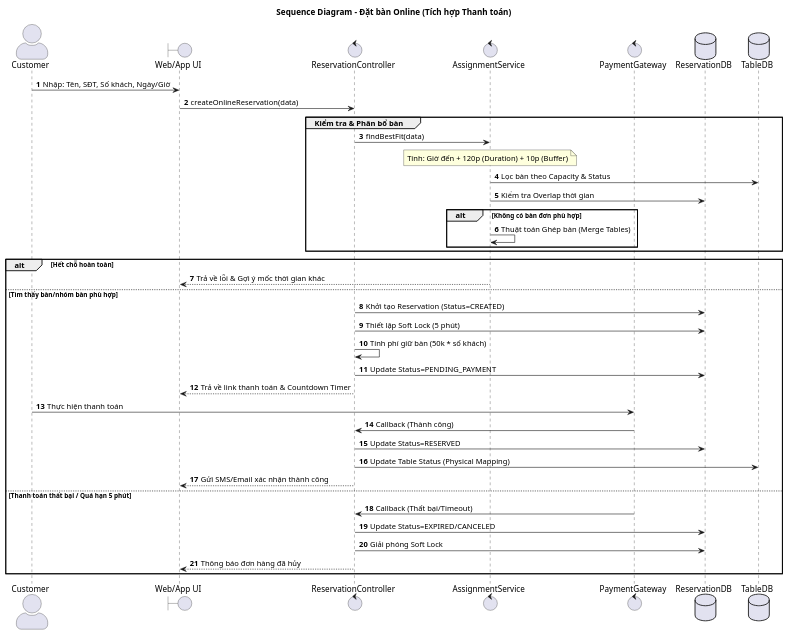
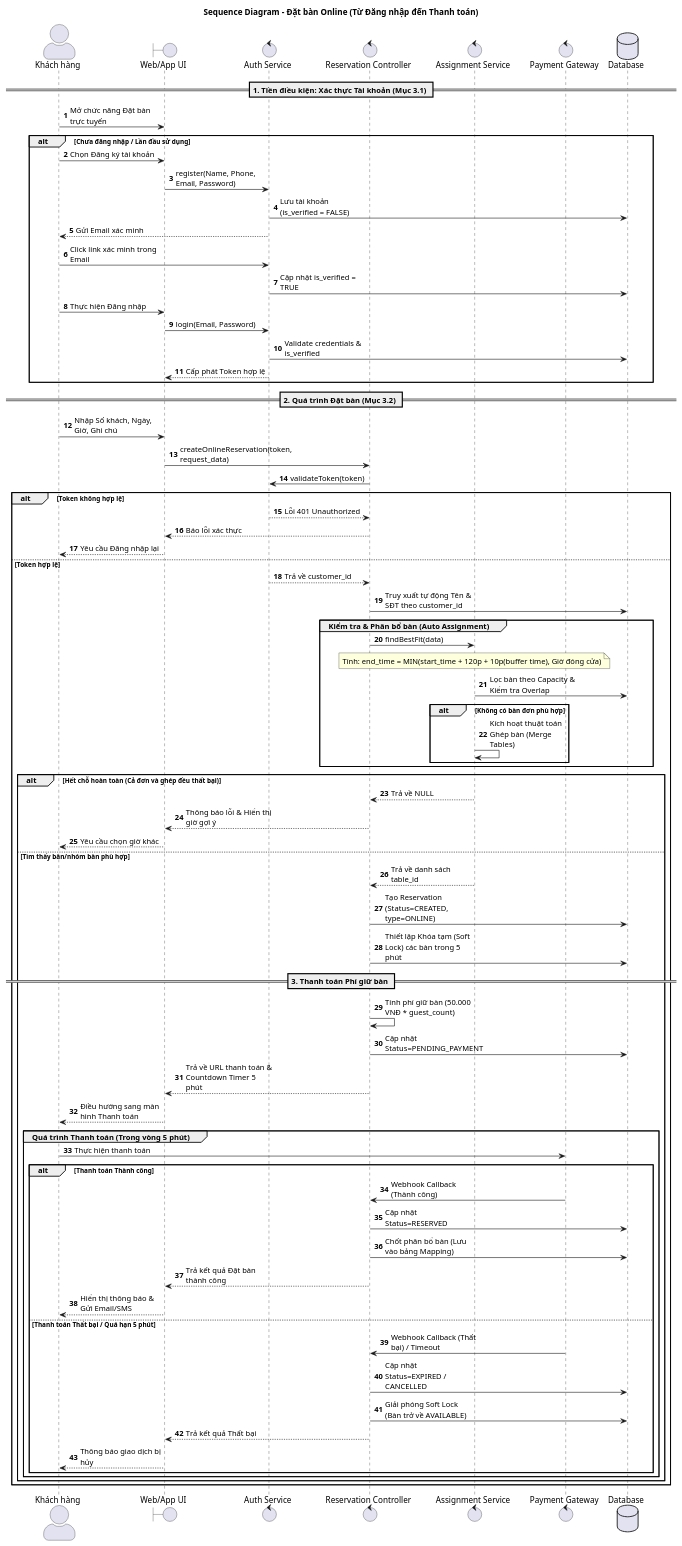
One commit to QuangLam0208/restaurant-reservation-system changed the diagram in docs/uml/sequence-booking-online.puml. Above: the diagram before and after it, drawn with PlantUML.

Commit message:
update sequence diagram (booking online))

```diff
--- a/docs/uml/sequence-booking-online.puml
+++ b/docs/uml/sequence-booking-online.puml
@@ -1,51 +1,89 @@
 @startuml
-title Sequence Diagram - Đặt bàn Online (Tích hợp Thanh toán)
+title Sequence Diagram - Đặt bàn Online (Từ Đăng nhập đến Thanh toán)
 autonumber
 skinparam actorStyle awesome
+skinparam maxMessageSize 150
 
-actor Customer
-boundary UI as "Web/App UI"
-control ReservationController
-control AssignmentService
-control PaymentGateway
-database ReservationDB
-database TableDB
+actor "Khách hàng" as Customer
+boundary "Web/App UI" as UI
+control "Auth Service" as Auth
+control "Reservation Controller" as RC
+control "Assignment Service" as Assign
+control "Payment Gateway" as PG
+database "Database" as DB
 
-Customer -> UI : Nhập: Tên, SĐT, Số khách, Ngày/Giờ
-UI -> ReservationController : createOnlineReservation(data)
+== 1. Tiền điều kiện: Xác thực Tài khoản (Mục 3.1) ==
+Customer -> UI : Mở chức năng Đặt bàn trực tuyến
 
-group Kiểm tra & Phân bổ bàn
-    ReservationController -> AssignmentService : findBestFit(data)
-    Note over AssignmentService : Tính: Giờ đến + 120p (Duration) + 10p (Buffer)
-    AssignmentService -> TableDB : Lọc bàn theo Capacity & Status
-    AssignmentService -> ReservationDB : Kiểm tra Overlap thời gian
+alt Chưa đăng nhập / Lần đầu sử dụng
+    Customer -> UI : Chọn Đăng ký tài khoản
+    UI -> Auth : register(Name, Phone, Email, Password)
+    Auth -> DB : Lưu tài khoản (is_verified = FALSE)
+    Auth --> Customer : Gửi Email xác minh
+    Customer -> Auth : Click link xác minh trong Email
+    Auth -> DB : Cập nhật is_verified = TRUE
 
-    alt Không có bàn đơn phù hợp
-        AssignmentService -> AssignmentService : Thuật toán Ghép bàn (Merge Tables)
+    Customer -> UI : Thực hiện Đăng nhập
+    UI -> Auth : login(Email, Password)
+    Auth -> DB : Validate credentials & is_verified
+    Auth --> UI : Cấp phát Token hợp lệ
+end
+
+== 2. Quá trình Đặt bàn (Mục 3.2) ==
+Customer -> UI : Nhập Số khách, Ngày, Giờ, Ghi chú
+UI -> RC : createOnlineReservation(token, request_data)
+RC -> Auth : validateToken(token)
+
+alt Token không hợp lệ
+    Auth --> RC : Lỗi 401 Unauthorized
+    RC --> UI : Báo lỗi xác thực
+    UI --> Customer : Yêu cầu Đăng nhập lại
+else Token hợp lệ
+    Auth --> RC : Trả về customer_id
+    RC -> DB : Truy xuất tự động Tên & SĐT theo customer_id
+
+    group Kiểm tra & Phân bổ bàn (Auto Assignment)
+        RC -> Assign : findBestFit(data)
+        Note over Assign : Tính: end_time = MIN(start_time + 120p + 10p(buffer time), Giờ đóng cửa)
+        Assign -> DB : Lọc bàn theo Capacity & Kiểm tra Overlap
+
+        alt Không có bàn đơn phù hợp
+            Assign -> Assign : Kích hoạt thuật toán Ghép bàn (Merge Tables)
+        end
+    end
+
+    alt Hết chỗ hoàn toàn (Cả đơn và ghép đều thất bại)
+        Assign --> RC : Trả về NULL
+        RC --> UI : Thông báo lỗi & Hiển thị giờ gợi ý
+        UI --> Customer : Yêu cầu chọn giờ khác
+    else Tìm thấy bàn/nhóm bàn phù hợp
+        Assign --> RC : Trả về danh sách table_id
+        RC -> DB : Tạo Reservation (Status=CREATED, type=ONLINE)
+        RC -> DB : Thiết lập Khóa tạm (Soft Lock) các bàn trong 5 phút
+
+== 3. Thanh toán Phí giữ bàn ==
+        RC -> RC : Tính phí giữ bàn (50.000 VNĐ * guest_count)
+        RC -> DB : Cập nhật Status=PENDING_PAYMENT
+        RC --> UI : Trả về URL thanh toán & Countdown Timer 5 phút
+        UI --> Customer : Điều hướng sang màn hình Thanh toán
+
+        group Quá trình Thanh toán (Trong vòng 5 phút)
+            Customer -> PG : Thực hiện thanh toán
+
+            alt Thanh toán Thành công
+                PG -> RC : Webhook Callback (Thành công)
+                RC -> DB : Cập nhật Status=RESERVED
+                RC -> DB : Chốt phân bổ bàn (Lưu vào bảng Mapping)
+                RC --> UI : Trả kết quả Đặt bàn thành công
+                UI --> Customer : Hiển thị thông báo & Gửi Email/SMS
+            else Thanh toán Thất bại / Quá hạn 5 phút
+                PG -> RC : Webhook Callback (Thất bại) / Timeout
+                RC -> DB : Cập nhật Status=EXPIRED / CANCELLED
+                RC -> DB : Giải phóng Soft Lock (Bàn trở về AVAILABLE)
+                RC --> UI : Trả kết quả Thất bại
+                UI --> Customer : Thông báo giao dịch bị hủy
+            end
+        end
     end
 end
-
-alt Hết chỗ hoàn toàn
-    AssignmentService --> UI : Trả về lỗi & Gợi ý mốc thời gian khác
-else Tìm thấy bàn/nhóm bàn phù hợp
-    ReservationController -> ReservationDB : Khởi tạo Reservation (Status=CREATED)
-    ReservationController -> ReservationDB : Thiết lập Soft Lock (5 phút)
-
-    ReservationController -> ReservationController : Tính phí giữ bàn (50k * số khách)
-    ReservationController -> ReservationDB : Update Status=PENDING_PAYMENT
-    ReservationController --> UI : Trả về link thanh toán & Countdown Timer
-
-    Customer -> PaymentGateway : Thực hiện thanh toán
-    PaymentGateway -> ReservationController : Callback (Thành công)
-
-    ReservationController -> ReservationDB : Update Status=RESERVED
-    ReservationController -> TableDB : Update Table Status (Physical Mapping)
-    ReservationController --> UI : Gửi SMS/Email xác nhận thành công
-
-    else Thanh toán thất bại / Quá hạn 5 phút
-        PaymentGateway -> ReservationController : Callback (Thất bại/Timeout)
-        ReservationController -> ReservationDB : Update Status=EXPIRED/CANCELED
-        ReservationController -> ReservationDB : Giải phóng Soft Lock
-        ReservationController --> UI : Thông báo đơn hàng đã hủy
-end
 @enduml
```
